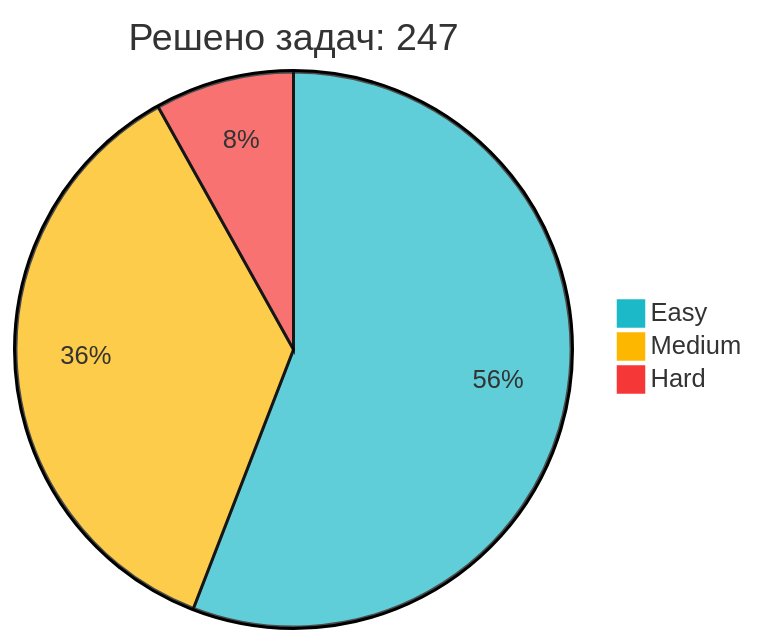
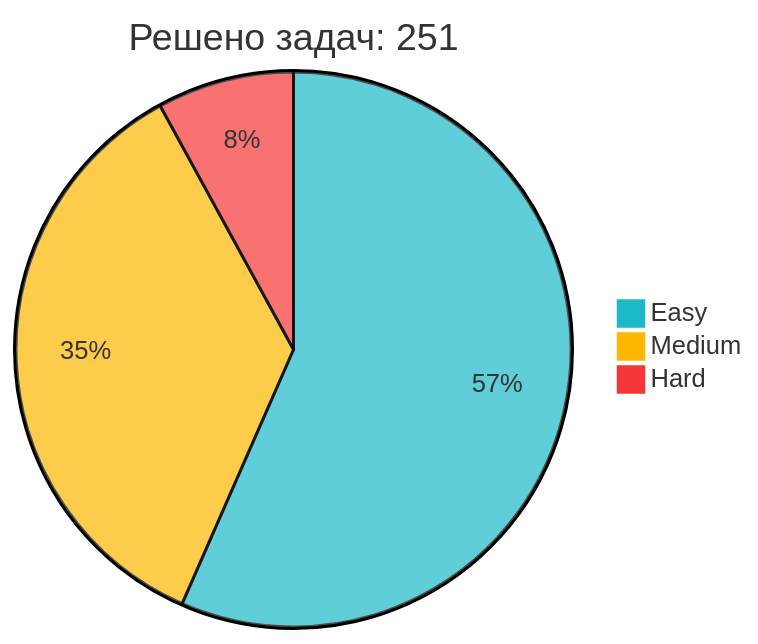
One commit to IliaKurdukov/IliaKurdukov changed the diagram in README.md. Above: the diagram before and after it, drawn with Mermaid. The commit also changed other lines of this file, not shown here.

Commit message:
📈 Обновление статистики LeetCode

````diff
--- a/README.md
+++ b/README.md
@@ -51,7 +51,7 @@
 ```mermaid
 %%{init: {'theme': 'base', 'themeVariables': { 'pie1': '#1CBAC8', 'pie2': '#FEB700', 'pie3': '#F63737' }, 'config': {'width': 300, 'height': 200}}}%%
-pie title Решено задач: 247
-   "Easy" : 138
+pie title Решено задач: 251
+   "Easy" : 142
    "Medium" : 89
    "Hard" : 20
 ```
````
